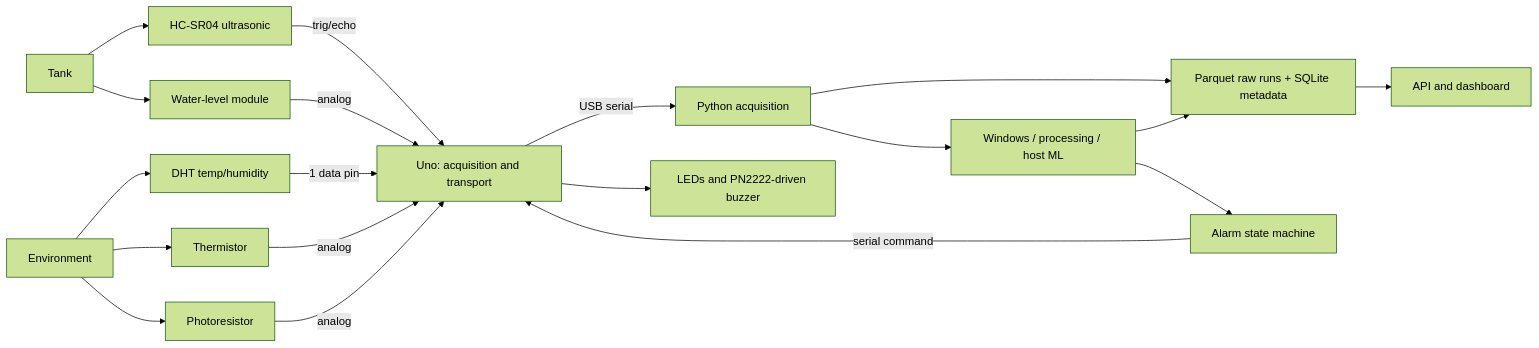
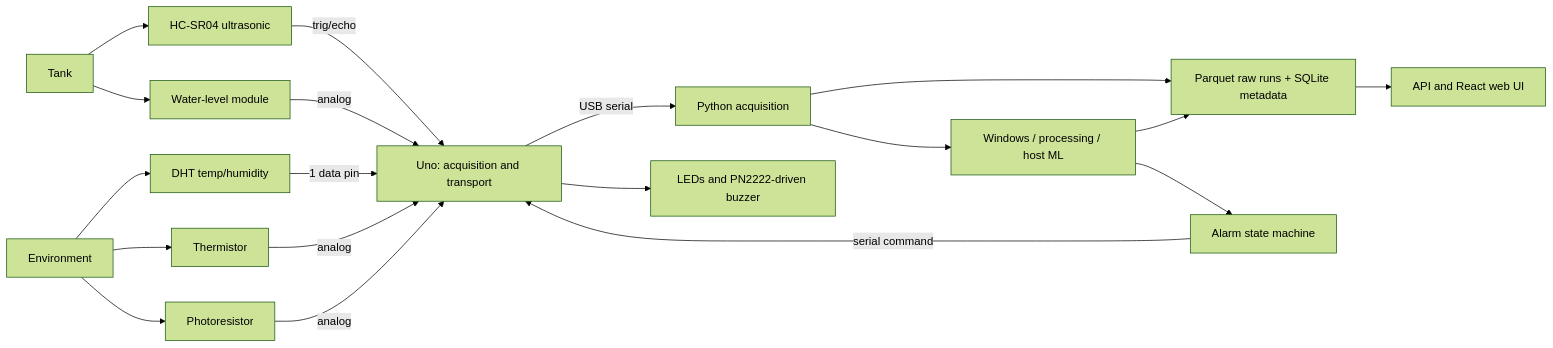
One commit to aiman-che-razani/smart_hardware_edge_ai changed the diagram in docs/architecture/system.md. Above: the diagram before and after it, drawn with Mermaid (forest theme). The commit also changed other lines of this file and 73 other files, not shown here.

````diff
--- a/docs/architecture/system.md
+++ b/docs/architecture/system.md
@@ -9,21 +9,21 @@
 ```mermaid
 flowchart LR
   T[Tank] --> H[HC-SR04 ultrasonic]
   T --> W[Water-level module]
   E[Environment] --> D2[DHT temp/humidity]
   E --> R[Thermistor]
   E --> L[Photoresistor]
   H -->|trig/echo| U[Uno: acquisition and transport]
   W -->|analog| U
   D2 -->|1 data pin| U
   R -->|analog| U
   L -->|analog| U
   U -->|USB serial| D[Python acquisition]
   D --> P[Windows / processing / host ML]
   D --> S[Parquet raw runs + SQLite metadata]
   P --> S
   P --> C[Alarm state machine]
   C -->|serial command| U
   U --> B[LEDs and PN2222-driven buzzer]
-  S --> V[API and dashboard]
+  S --> V[API and React web UI]
 ```
````
